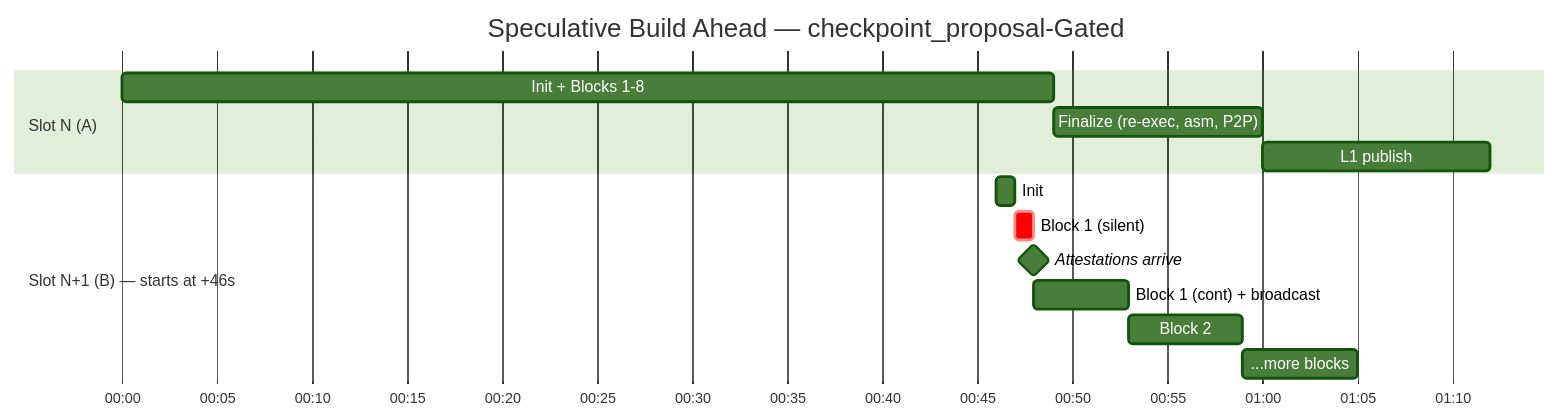
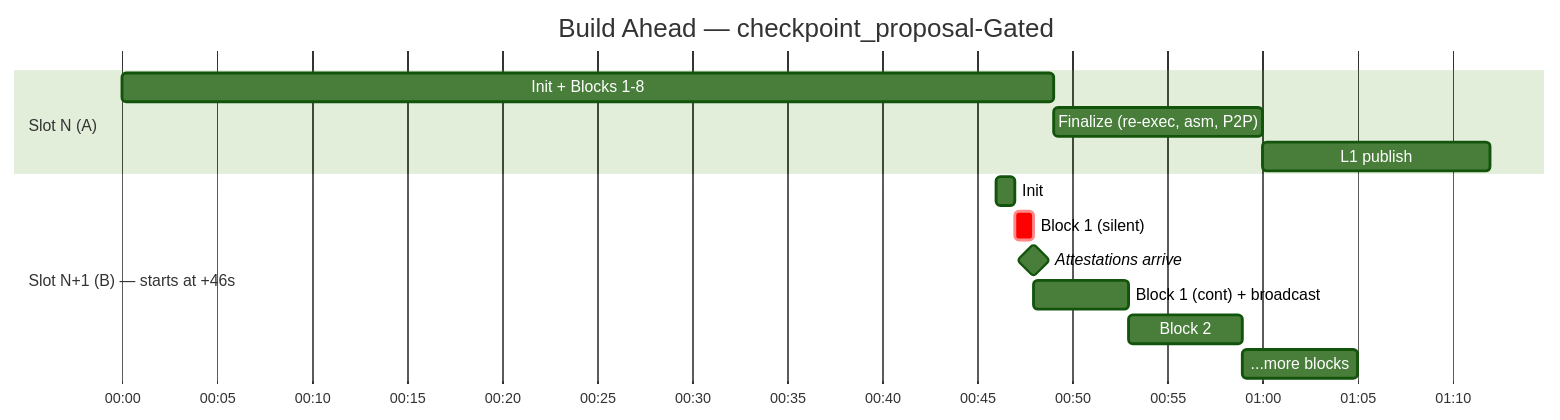
The third of 4 diagrams in docs/build-ahead/dd.md (AztecProtocol/engineering-designs), drawn with Mermaid (forest theme) before and after one commit. The commit also changed other lines of this file, not shown here.

````diff
--- a/docs/build-ahead/dd.md
+++ b/docs/build-ahead/dd.md
@@ -140,19 +140,19 @@
 ```mermaid
 gantt
-    title Speculative Build Ahead — checkpoint_proposal-Gated
+    title Build Ahead — checkpoint_proposal-Gated
     dateFormat YYYY-MM-DD HH:mm:ss
     axisFormat %M:%S
 
     section Slot N (A)
     Init + Blocks 1-8           :a_build, 2024-01-01 00:00:00, 49s
     Finalize (re-exec, asm, P2P):a_fin,   2024-01-01 00:00:49, 11s
     L1 publish                  :a_l1,    2024-01-01 00:01:00, 12s
 
     section Slot N+1 (B) — starts at +46s
     Init                        :b_init,    2024-01-01 00:00:46, 1s
     Block 1 (silent)            :crit, b_silent, 2024-01-01 00:00:47, 1s
     Attestations arrive         :milestone, b_attest, 2024-01-01 00:00:48, 0s
     Block 1 (cont) + broadcast  :b_blk1,    2024-01-01 00:00:48, 5s
     Block 2                     :b_blk2,    2024-01-01 00:00:53, 6s
     ...more blocks              :b_more,    2024-01-01 00:00:59, 6s
 ```
````
